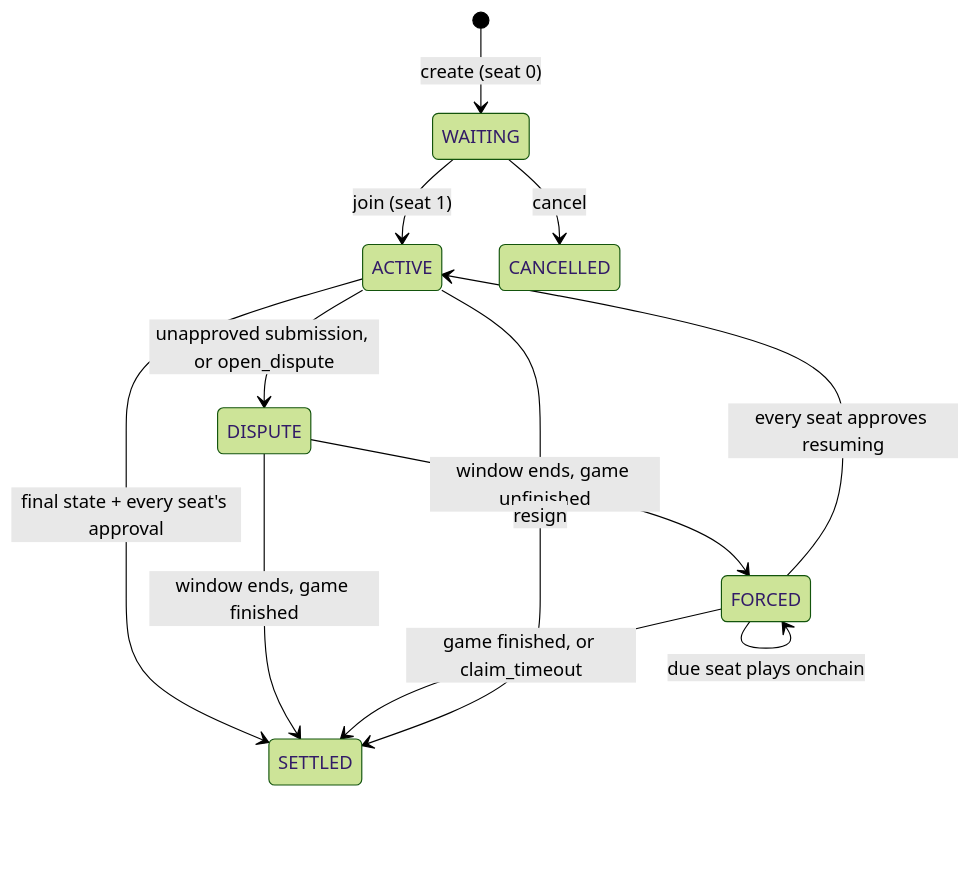
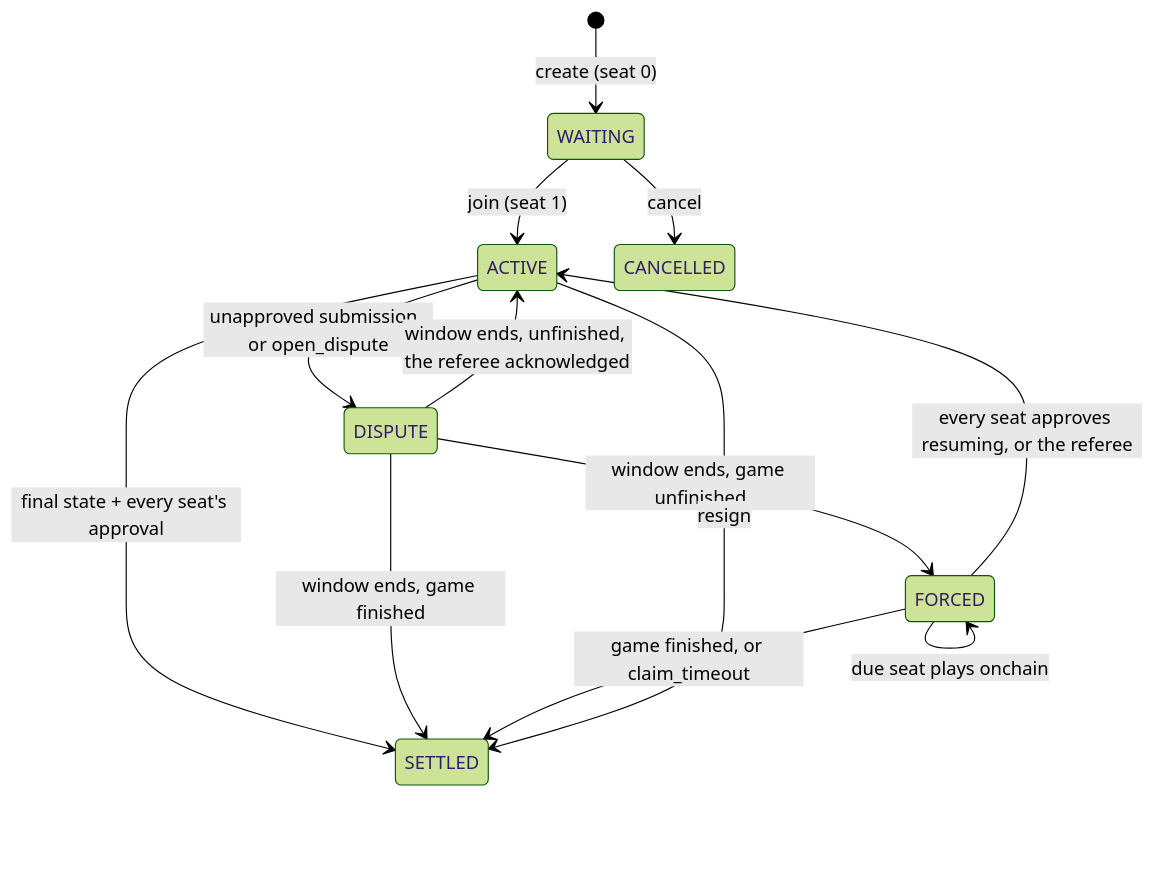
The diagram in README.md (broody/arbiter), drawn with Mermaid (forest theme) before and after one commit. The commit also changed other lines of this file and 2 other files, not shown here.

````diff
--- a/README.md
+++ b/README.md
@@ -18,14 +18,15 @@
 ```mermaid
 stateDiagram-v2
     [*] --> WAITING: create (seat 0)
     WAITING --> ACTIVE: join (seat 1)
     WAITING --> CANCELLED: cancel
     ACTIVE --> SETTLED: final state + every seat's approval
     ACTIVE --> DISPUTE: unapproved submission, or open_dispute
     DISPUTE --> SETTLED: window ends, game finished
     DISPUTE --> FORCED: window ends, game unfinished
+    DISPUTE --> ACTIVE: window ends, unfinished, the referee acknowledged
     FORCED --> FORCED: due seat plays onchain
-    FORCED --> ACTIVE: every seat approves resuming
+    FORCED --> ACTIVE: every seat approves resuming, or the referee
     FORCED --> SETTLED: game finished, or claim_timeout
     ACTIVE --> SETTLED: resign
 ```
````
